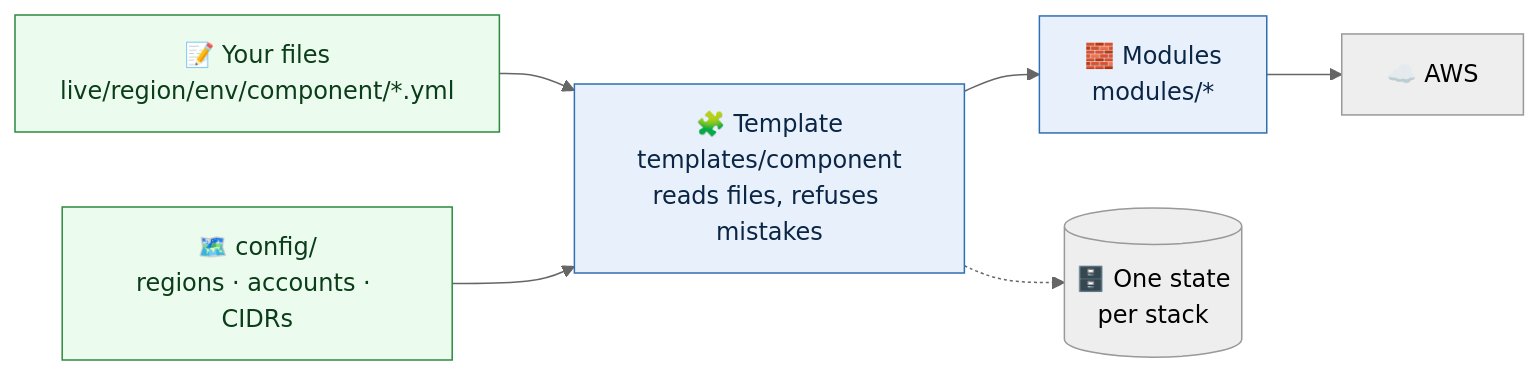
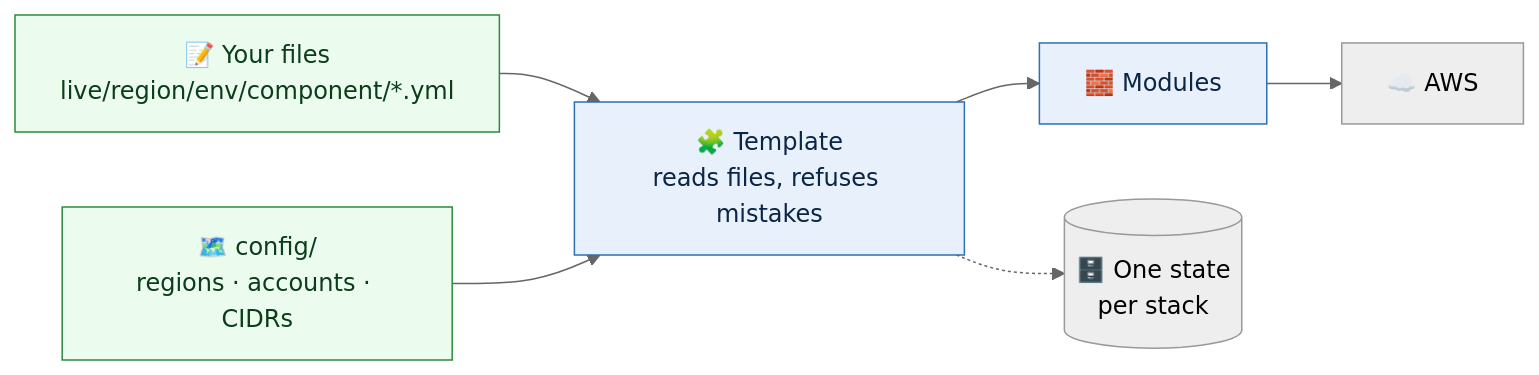
One commit to justin-samuel12/terraform-aws-scaffold changed the second of 5 diagrams in README.md. Above: the diagram before and after it, drawn with Mermaid (neutral theme). The commit also changed other lines of this file and 440 other files, not shown here.

````diff
--- a/README.md
+++ b/README.md
@@ -124,19 +55,19 @@
 ```mermaid
 flowchart LR
   yml["📝 Your files<br/>live/region/env/component/*.yml"]
   cfg["🗺️ config/<br/>regions · accounts · CIDRs"]
-  tpl["🧩 Template<br/>templates/component<br/>reads files, refuses mistakes"]
-  mod["🧱 Modules<br/>modules/*"]
+  tpl["🧩 Template<br/>reads files, refuses mistakes"]
+  mod["🧱 Modules"]
   aws["☁️ AWS"]
   st[("🗄️ One state<br/>per stack")]
 
   yml --> tpl
   cfg --> tpl
   tpl --> mod --> aws
   tpl -.-> st
 
   classDef you fill:#ebfbee,stroke:#2b8a3e,color:#0b3d1a
   classDef code fill:#e8f1fb,stroke:#2f6fb3,color:#0b2545
   class yml,cfg you
   class tpl,mod code
 ```
````
